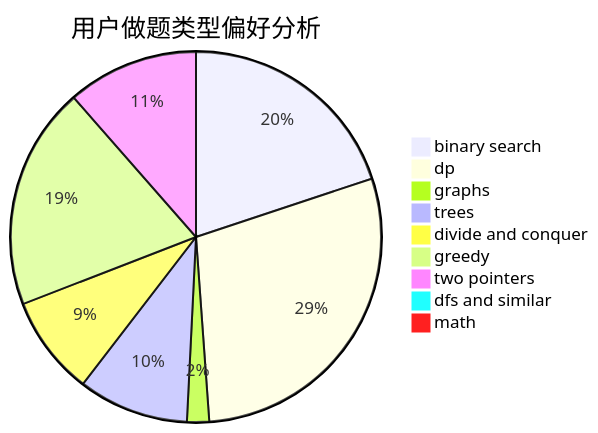
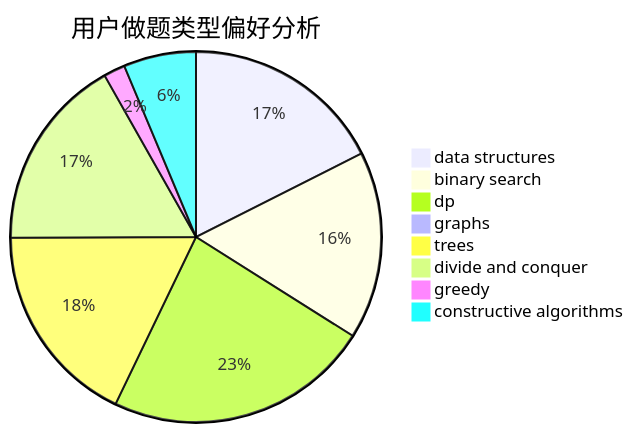
The second of 3 diagrams in docs/user/u1643.md (sherpahu/cfrs.github.io), drawn with Mermaid before and after one commit. The commit also changed other lines of this file and 2775 other files, not shown here.

````diff
--- a/docs/user/u1643.md
+++ b/docs/user/u1643.md
@@ -23,12 +23,11 @@
 ```mermaid
 pie title 用户做题类型偏好分析
-    "binary search" :  165
-    "dp" :  240
-    "graphs" :  16
-    "trees" :  80
+    "data structures" :  75
+    "binary search" :  70
+    "dp" :  99
+    "graphs" :  4
+    "trees" :  76
     "divide and conquer" :  72
-    "greedy" :  161
-    "two pointers" :  95
-    "dfs and similar" :  3
-    "math" :  3
+    "greedy" :  8
+    "constructive algorithms" :  27
 ```
````
